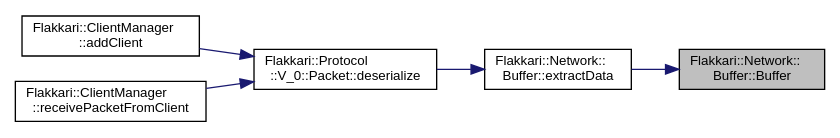
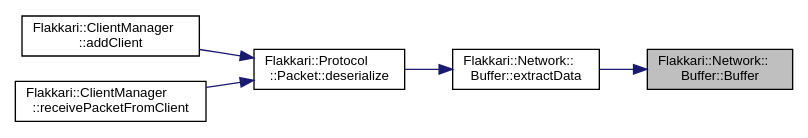
Before and after one commit to MasterLaplace/flakkari: the diagram in d4/df8/classFlakkari_1_1Network_1_1Buffer_acf6139241c71fa29efd930b4f3c5dcec_icgraph.dot, drawn with Graphviz. The commit also changed 525 other files, not shown here.

```diff
--- a/d4/df8/classFlakkari_1_1Network_1_1Buffer_acf6139241c71fa29efd930b4f3c5dcec_icgraph.dot
+++ b/d4/df8/classFlakkari_1_1Network_1_1Buffer_acf6139241c71fa29efd930b4f3c5dcec_icgraph.dot
@@ -1,16 +1,16 @@
 digraph "Flakkari::Network::Buffer::Buffer"
 {
  // LATEX_PDF_SIZE
   edge [fontname="Helvetica",fontsize="10",labelfontname="Helvetica",labelfontsize="10"];
   node [fontname="Helvetica",fontsize="10",shape=record];
   rankdir="RL";
   Node1 [label="Flakkari::Network::\lBuffer::Buffer",height=0.2,width=0.4,color="black", fillcolor="grey75", style="filled", fontcolor="black",tooltip="Construct a new Buffer object."];
   Node1 -> Node2 [dir="back",color="midnightblue",fontsize="10",style="solid",fontname="Helvetica"];
   Node2 [label="Flakkari::Network::\lBuffer::extractData",height=0.2,width=0.4,color="black", fillcolor="white", style="filled",URL="$d4/df8/classFlakkari_1_1Network_1_1Buffer.html#ad7ad2e3a4a5727c72a585093d93cd016",tooltip="Get the data of the buffer."];
   Node2 -> Node3 [dir="back",color="midnightblue",fontsize="10",style="solid",fontname="Helvetica"];
-  Node3 [label="Flakkari::Protocol\l::V_0::Packet::deserialize",height=0.2,width=0.4,color="black", fillcolor="white", style="filled",URL="$de/d9d/structFlakkari_1_1Protocol_1_1V__0_1_1Packet.html#a0d6fb9d2f315e1ce6ee1cd2abd31906c",tooltip="Deserialize the buffer into a packet."];
+  Node3 [label="Flakkari::Protocol\l::Packet::deserialize",height=0.2,width=0.4,color="black", fillcolor="white", style="filled",URL="$db/d59/structFlakkari_1_1Protocol_1_1Packet.html#a14c7a93d5175df091256374f407ad186",tooltip="Deserialize the buffer into a packet."];
   Node3 -> Node4 [dir="back",color="midnightblue",fontsize="10",style="solid",fontname="Helvetica"];
   Node4 [label="Flakkari::ClientManager\l::addClient",height=0.2,width=0.4,color="black", fillcolor="white", style="filled",URL="$d5/da5/classFlakkari_1_1ClientManager.html#adb7842df0768fcab21fb46b1b2a60b75",tooltip="Add a client to the client manager or update the last activity of the client."];
   Node3 -> Node5 [dir="back",color="midnightblue",fontsize="10",style="solid",fontname="Helvetica"];
   Node5 [label="Flakkari::ClientManager\l::receivePacketFromClient",height=0.2,width=0.4,color="black", fillcolor="white", style="filled",URL="$d5/da5/classFlakkari_1_1ClientManager.html#af06fee7a25e3bef6f7bf7dcf34ecb944",tooltip="Receive a packet from a client."];
 }
```
